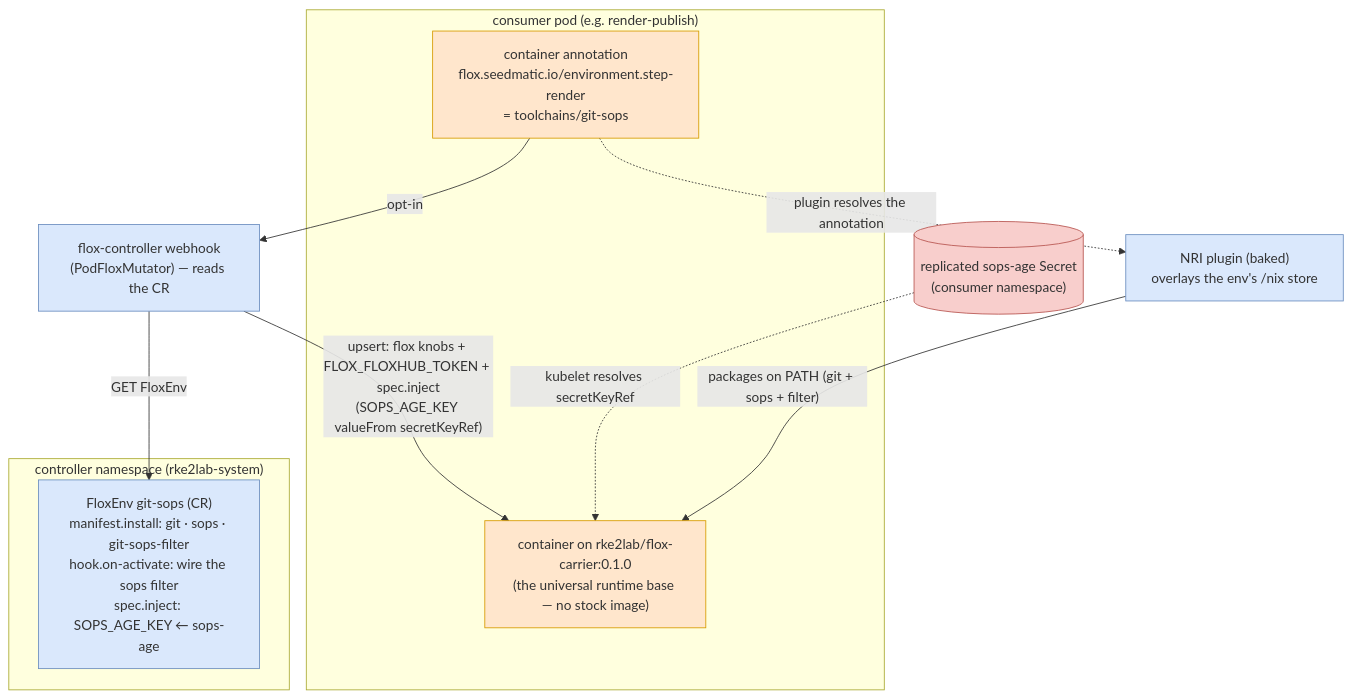
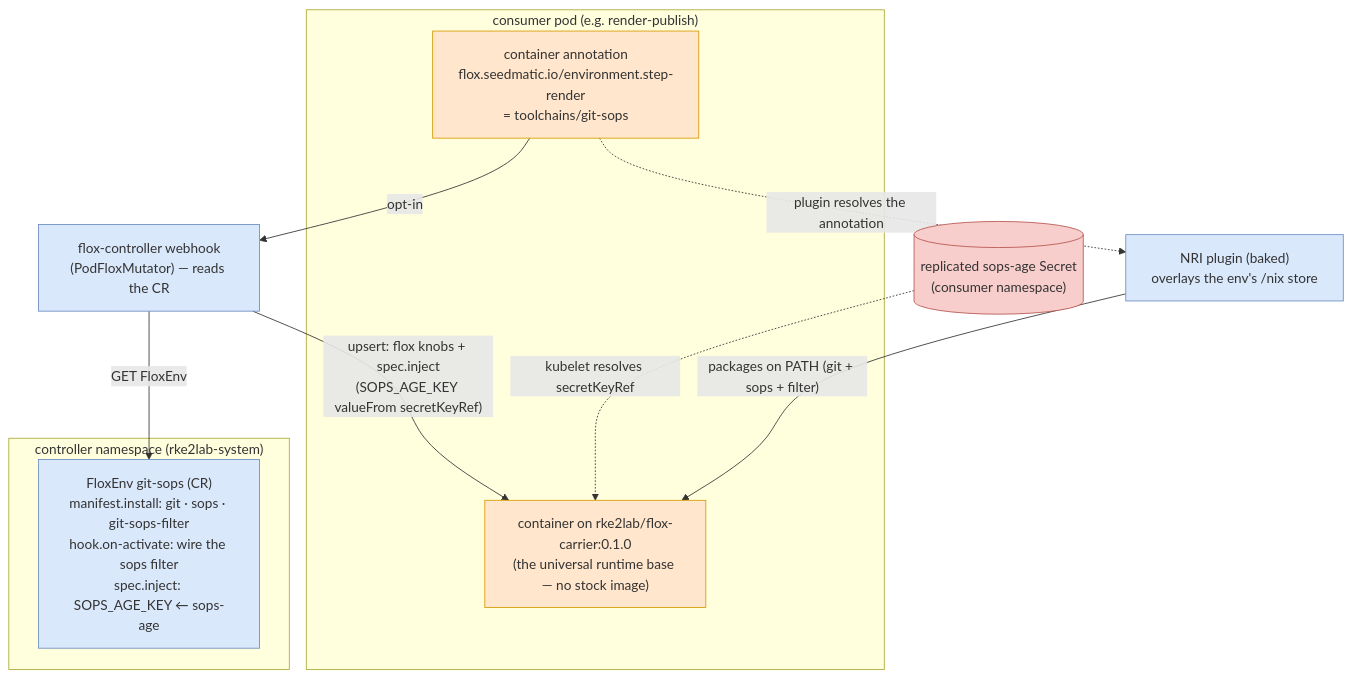
Before and after one commit to seedmatic/rke2lab: the second of 2 diagrams in docs/architecture/patterns/flox-store-resolved-runtime-and-builder.adoc, drawn with Mermaid. The commit also changed other lines of this file and 31 other files, not shown here.

```diff
--- a/docs/architecture/patterns/flox-store-resolved-runtime-and-builder.adoc
+++ b/docs/architecture/patterns/flox-store-resolved-runtime-and-builder.adoc
@@ -393,25 +395,25 @@
 [mermaid]
 ....
 flowchart TB
   subgraph consumer["consumer pod (e.g. render-publish)"]
     ann["container annotation<br/>flox.seedmatic.io/environment.step-render<br/>= toolchains/git-sops"]:::mut
     ctr["container on rke2lab/flox-carrier:0.1.0<br/>(the universal runtime base — no stock image)"]:::mut
   end
   subgraph ctlns["controller namespace (rke2lab-system)"]
     cr["FloxEnv git-sops (CR)<br/>manifest.install: git · sops · git-sops-filter<br/>hook.on-activate: wire the sops filter<br/>spec.inject: SOPS_AGE_KEY ← sops-age"]:::code
   end
   wh["flox-controller webhook<br/>(PodFloxMutator) — reads the CR"]:::code
   nri["NRI plugin (baked)<br/>overlays the env's /nix store"]:::code
   sec[("replicated sops-age Secret<br/>(consumer namespace)")]:::secret
 
   ann -->|opt-in| wh
   wh -->|GET FloxEnv| cr
-  wh -->|"upsert: flox knobs + FLOX_FLOXHUB_TOKEN + spec.inject<br/>(SOPS_AGE_KEY valueFrom secretKeyRef)"| ctr
+  wh -->|"upsert: flox knobs + spec.inject<br/>(SOPS_AGE_KEY valueFrom secretKeyRef)"| ctr
   ann -.->|plugin resolves the annotation| nri
   nri -->|"packages on PATH (git + sops + filter)"| ctr
   sec -.->|kubelet resolves secretKeyRef| ctr
 
   classDef code fill:#dae8fc,stroke:#6c8ebf
   classDef mut fill:#ffe6cc,stroke:#d79b00
   classDef secret fill:#f8cecc,stroke:#b85450
 ....
```
